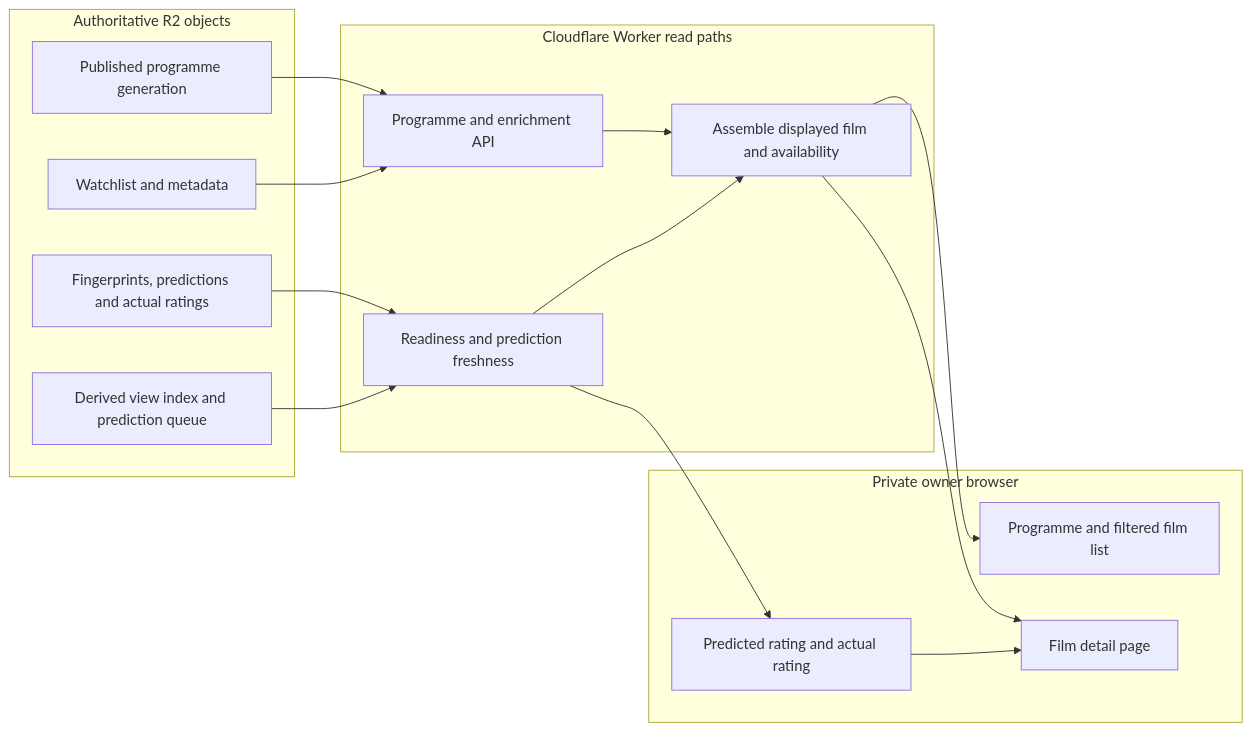
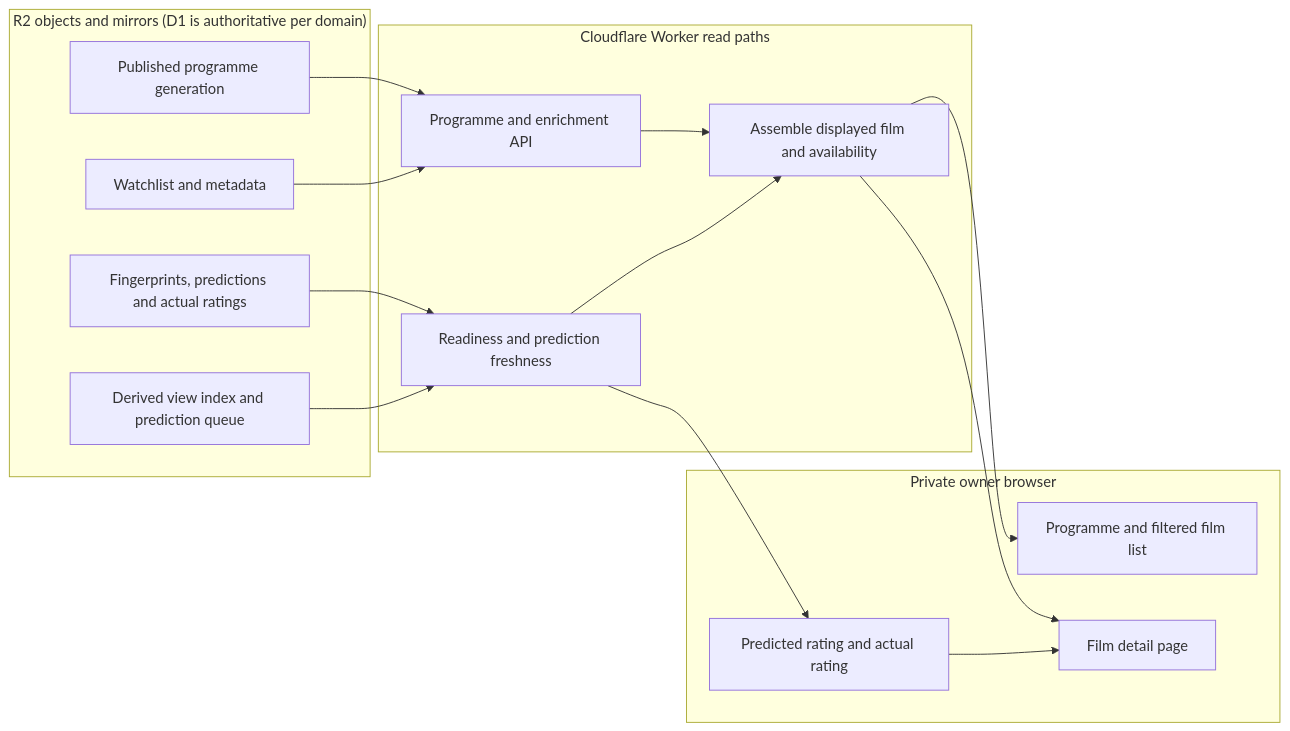
One commit to vladimino/iptv-watchlist changed the diagram in docs/architecture/ui-and-read-models.md. Above: the diagram before and after it, drawn with Mermaid. The commit also changed other lines of this file and 15 other files, not shown here.

````diff
--- a/docs/architecture/ui-and-read-models.md
+++ b/docs/architecture/ui-and-read-models.md
@@ -5,29 +5,29 @@
 ```mermaid
 flowchart LR
-    subgraph Storage["Authoritative R2 objects"]
+    subgraph Storage["R2 objects and mirrors (D1 is authoritative per domain)"]
         programme["Published programme generation"]
         watchlist["Watchlist and metadata"]
         enrichment["Fingerprints, predictions and actual ratings"]
         index["Derived view index and prediction queue"]
     end
     subgraph Server["Cloudflare Worker read paths"]
         api["Programme and enrichment API"]
         combine["Assemble displayed film and availability"]
         ready["Readiness and prediction freshness"]
     end
     subgraph UI["Private owner browser"]
         shortlist["Programme and filtered film list"]
         details["Film detail page"]
         ratings["Predicted rating and actual rating"]
     end
     programme --> api
     watchlist --> api
     enrichment --> ready
     index --> ready
     api --> combine
     ready --> combine
     combine --> shortlist
     combine --> details
     ready --> ratings
     ratings --> details
 ```
````
